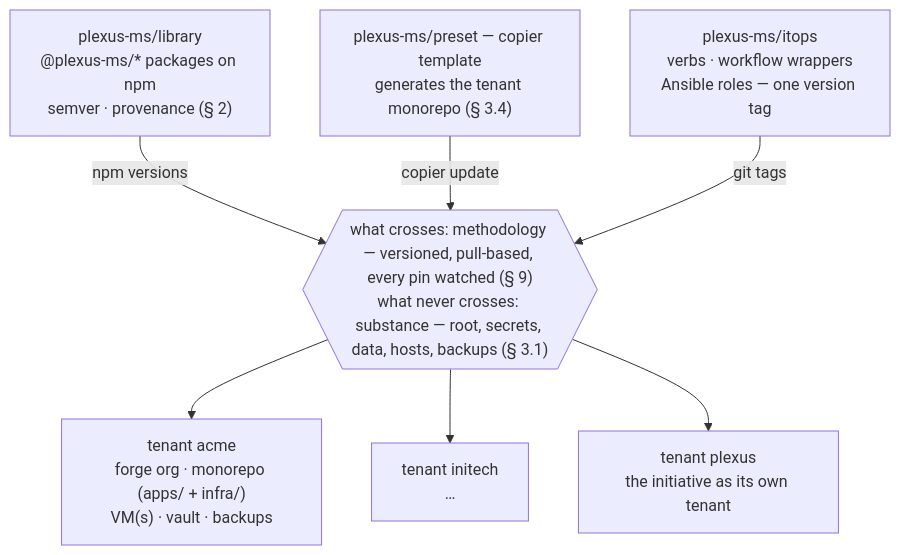
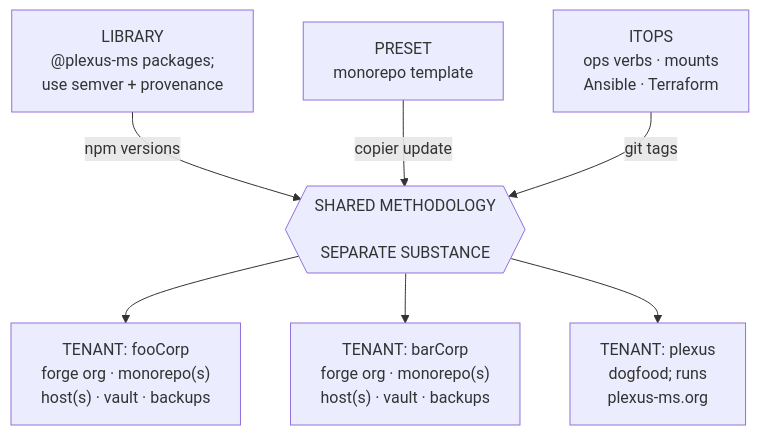
Before and after one commit to plexus-ms/compendium: the first of 2 diagrams in plexus/standard.md, drawn with Mermaid. The commit also changed other lines of this file and 2 other files, not shown here.

````diff
--- a/plexus/standard.md
+++ b/plexus/standard.md
@@ -130,13 +90,13 @@
 ```mermaid
 flowchart TB
-  library["plexus-ms/library<br>@plexus-ms/* packages on npm<br>semver · provenance (§ 2)"]
-  preset["plexus-ms/preset — copier template<br>generates the tenant monorepo (§ 3.4)"]
-  itops["plexus-ms/itops<br>verbs · workflow wrappers<br>Ansible roles — one version tag"]
-  boundary{{"what crosses: methodology — versioned, pull-based, every pin watched (§ 9)<br>what never crosses: substance — root, secrets, data, hosts, backups (§ 3.1)"}}
+  library["LIBRARY<br>@plexus-ms packages;<br>use semver + provenance"]
+  preset["PRESET<br>monorepo template"]
+  itops["ITOPS<br>ops verbs · mounts<br>Ansible · Terraform"]
+  boundary{{"SHARED METHODOLOGY<br><br>SEPARATE SUBSTANCE"}}
   library -- "npm versions" --> boundary
   preset -- "copier update" --> boundary
   itops -- "git tags" --> boundary
-  boundary --> acme["tenant acme<br>forge org · monorepo (apps/ + infra/)<br>VM(s) · vault · backups"]
-  boundary --> initech["tenant initech<br>…"]
-  boundary --> plexus["tenant plexus<br>the initiative as its own tenant"]
+  boundary --> acme["TENANT: fooCorp<br>forge org · monorepo(s)<br>host(s) · vault · backups"]
+  boundary --> initech["TENANT: barCorp<br>forge org · monorepo(s)<br>host(s) · vault · backups"]
+  boundary --> plexus["TENANT: plexus<br>dogfood; runs<br>plexus-ms.org"]
 ```
````
